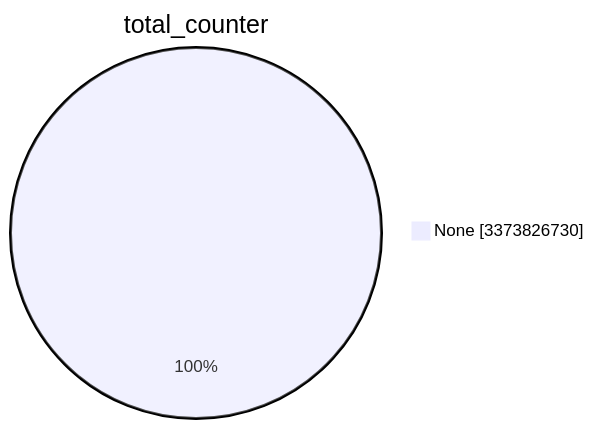
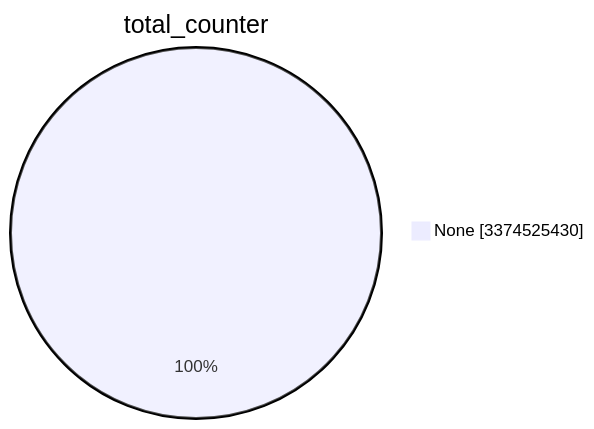
The first of 15 diagrams in TOTAL/README.md (christiankrug/ctmonitor_visualization), drawn with Mermaid before and after one commit. The commit also changed other lines of this file, not shown here.

````diff
--- a/TOTAL/README.md
+++ b/TOTAL/README.md
@@ -1,5 +1,5 @@
 ```mermaid
 pie showData
 title total_counter
-"None" :3373826730
+"None" :3374525430
 ```
````
